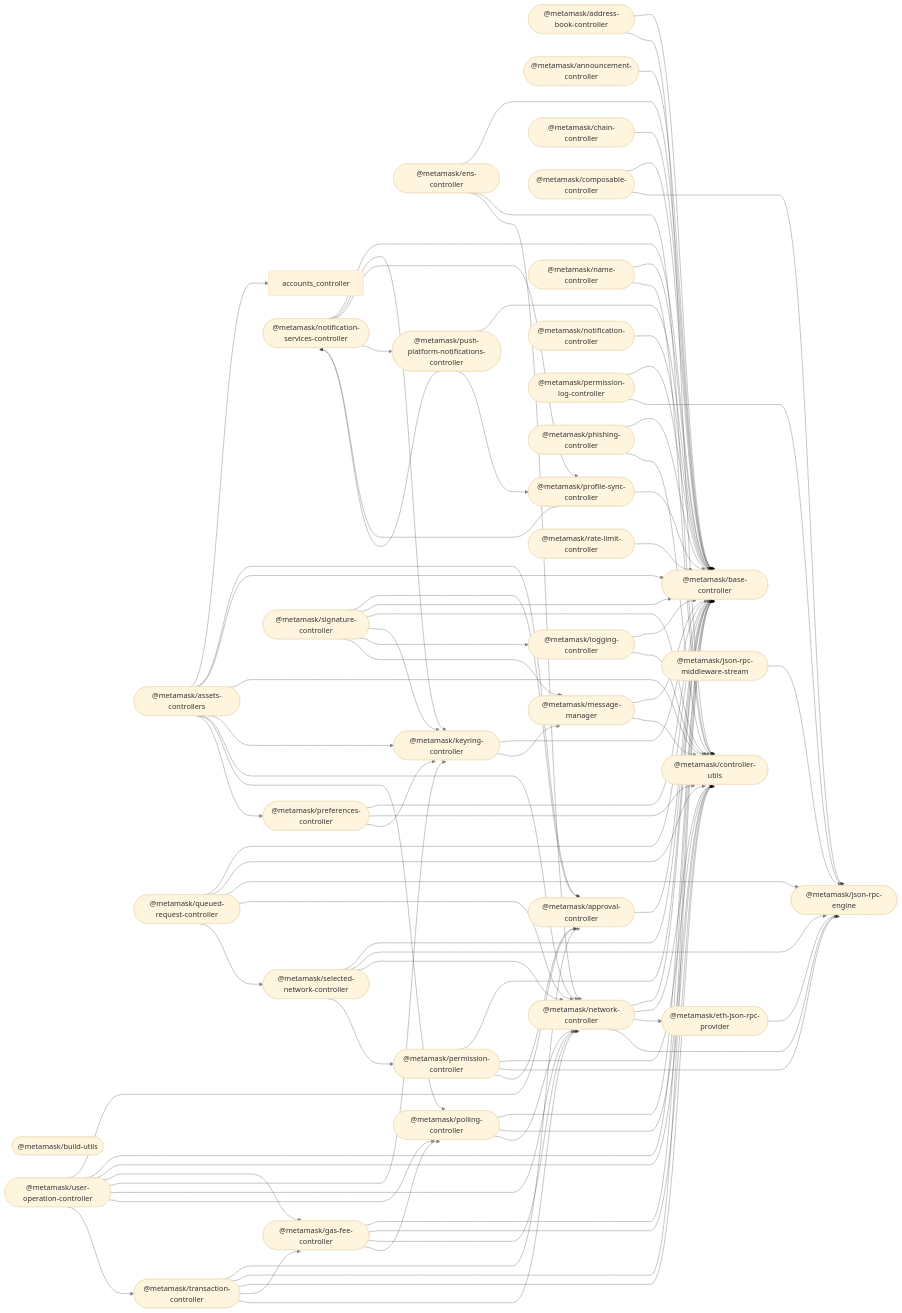
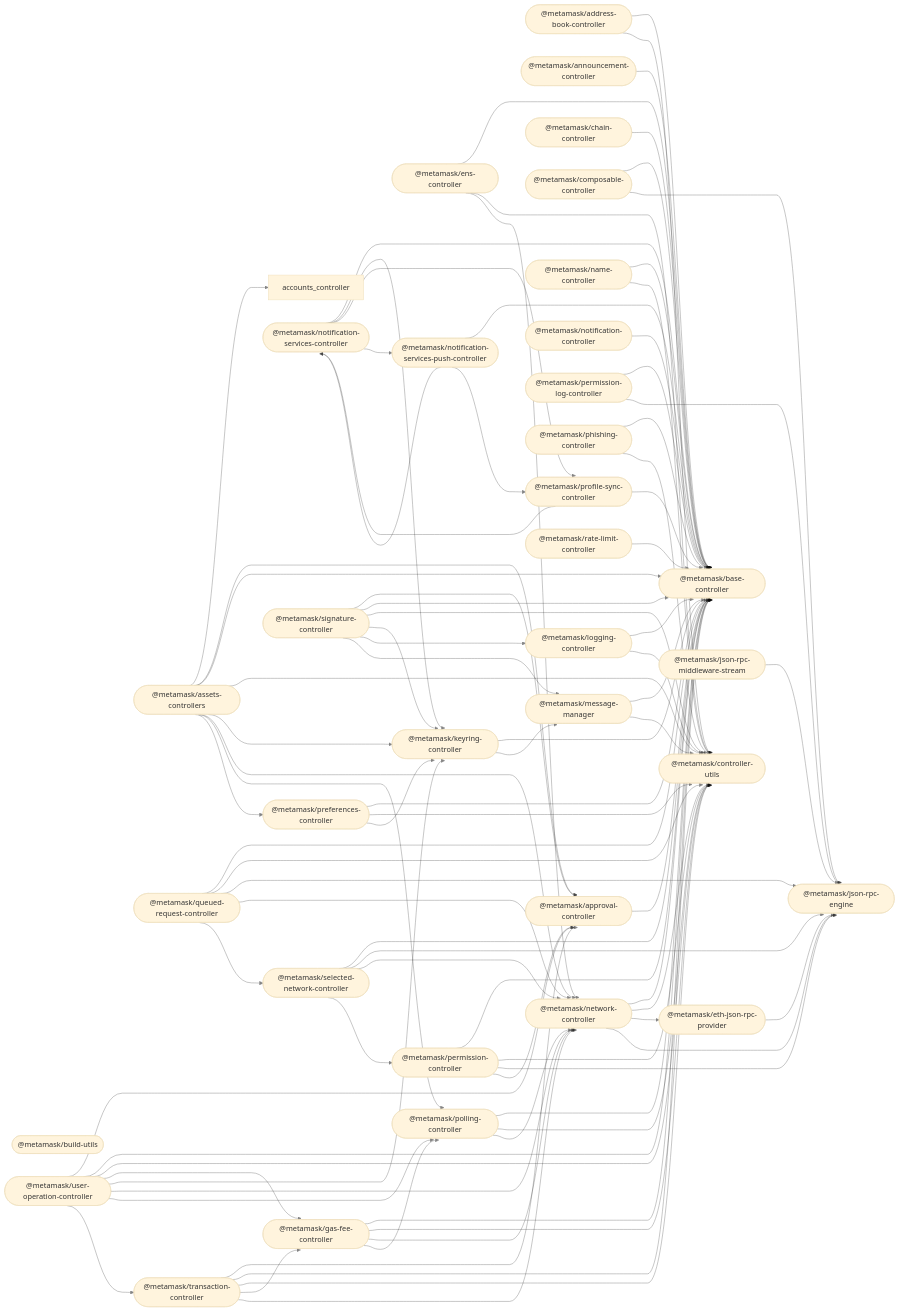
The diagram in README.md (MetaMask/core), drawn with Mermaid (base theme) before and after one commit. The commit also changed other lines of this file and 37 other files, not shown here.

First line of the commit message:
refactor: clean up push controller

```diff
--- a/README.md
+++ b/README.md
@@ -80,7 +80,7 @@
   polling_controller(["@metamask/polling-controller"]);
   preferences_controller(["@metamask/preferences-controller"]);
   profile_sync_controller(["@metamask/profile-sync-controller"]);
-  push_platform_notifications_controller(["@metamask/push-platform-notifications-controller"]);
+  push_platform_notifications_controller(["@metamask/notification-services-push-controller"]);
   queued_request_controller(["@metamask/queued-request-controller"]);
   rate_limit_controller(["@metamask/rate-limit-controller"]);
   selected_network_controller(["@metamask/selected-network-controller"]);
```
